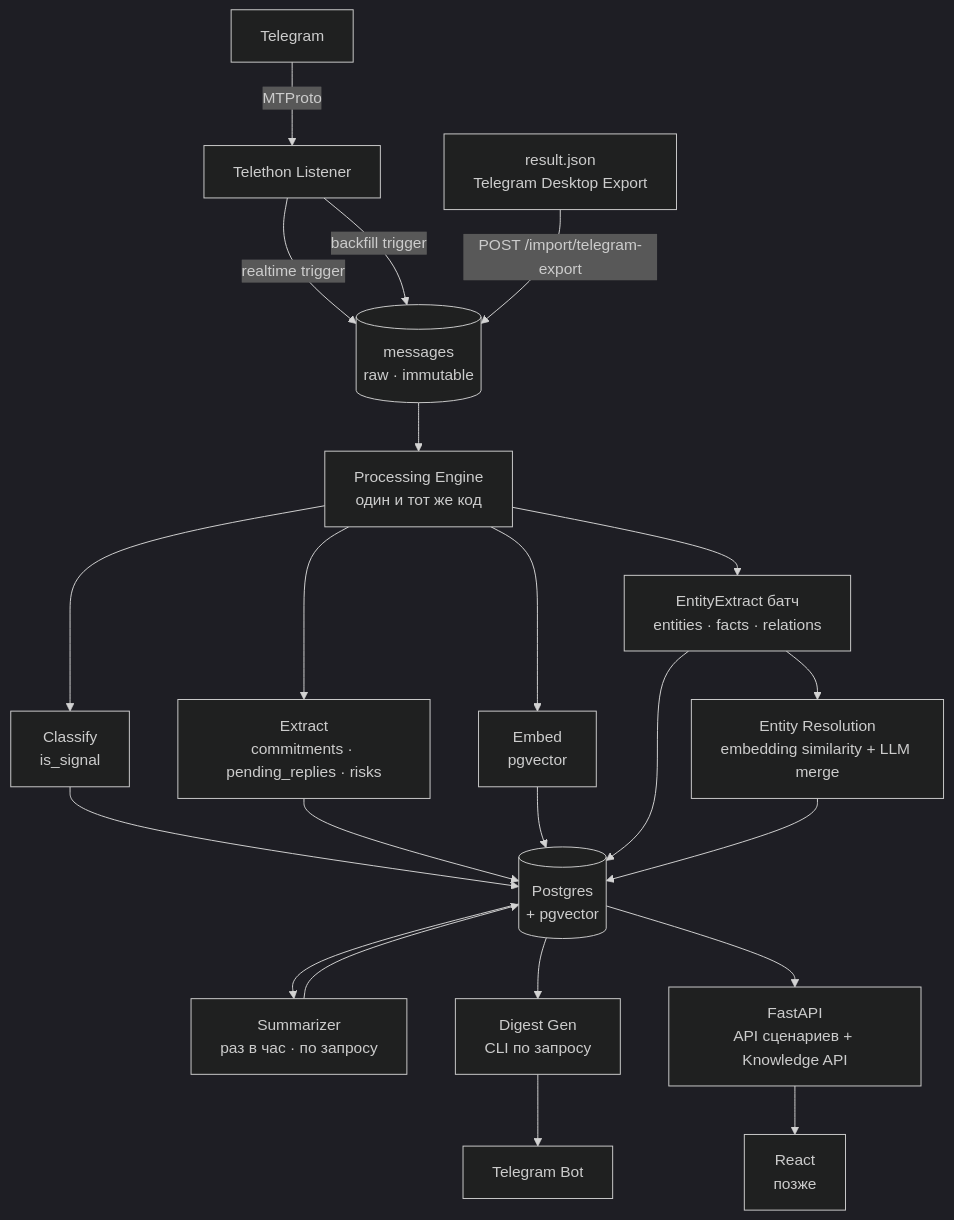
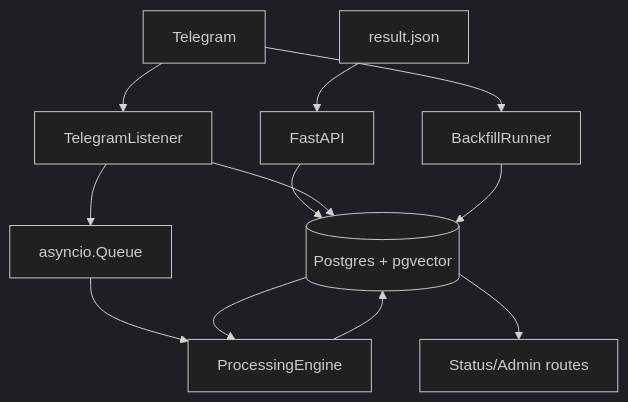
Before and after one commit to potapov-me/ReplyRadar: the diagram in docs/architecture.md, drawn with Mermaid (dark theme). The commit also changed other lines of this file and 9 other files, not shown here.

````diff
--- a/docs/architecture.md
+++ b/docs/architecture.md
@@ -15,33 +17,24 @@
 ```mermaid
 flowchart TD
     TG[Telegram]
-    LIS[Telethon Listener]
-    EXP[result.json\nTelegram Desktop Export]
-    MSG[(messages\nraw · immutable)]
+    EXP[result.json]
+    LIS[TelegramListener]
+    BF[BackfillRunner]
+    API[FastAPI]
+    DB[(Postgres + pgvector)]
+    Q[asyncio.Queue]
+    PE[ProcessingEngine]
+    ADM[Status/Admin routes]
 
-    TG -->|MTProto| LIS
-    LIS -->|realtime trigger| MSG
-    LIS -->|backfill trigger| MSG
-    EXP -->|POST /import/telegram-export| MSG
-
-    MSG --> PE[Processing Engine\nодин и тот же код]
-
-    PE --> CL[Classify\nis_signal]
-    PE --> EX[Extract\ncommitments · pending_replies · risks]
-    PE --> EM[Embed\npgvector]
-    PE --> ENT[EntityExtract батч\nentities · facts · relations]
-
-    CL & EX & EM & ENT --> DB[(Postgres\n+ pgvector)]
-
-    ENT --> ER[Entity Resolution\nembedding similarity + LLM merge]
-    ER --> DB
-
-    DB --> SUM[Summarizer\nраз в час · по запросу]
-    SUM --> DB
-
-    DB --> DG[Digest Gen\nCLI по запросу]
-    DB --> API[FastAPI\nAPI сценариев + Knowledge API]
-
-    DG --> BOT[Telegram Bot]
-    API --> UI[React\nпозже]
+    TG --> LIS
+    TG --> BF
+    EXP --> API
+    API --> DB
+    LIS --> DB
+    BF --> DB
+    LIS --> Q
+    Q --> PE
+    DB --> PE
+    PE --> DB
+    DB --> ADM
 ```
````
